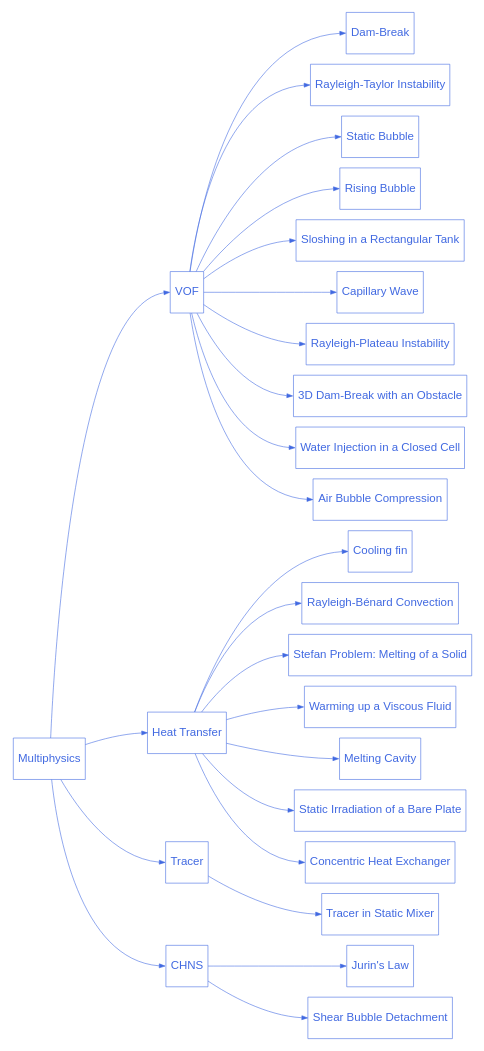
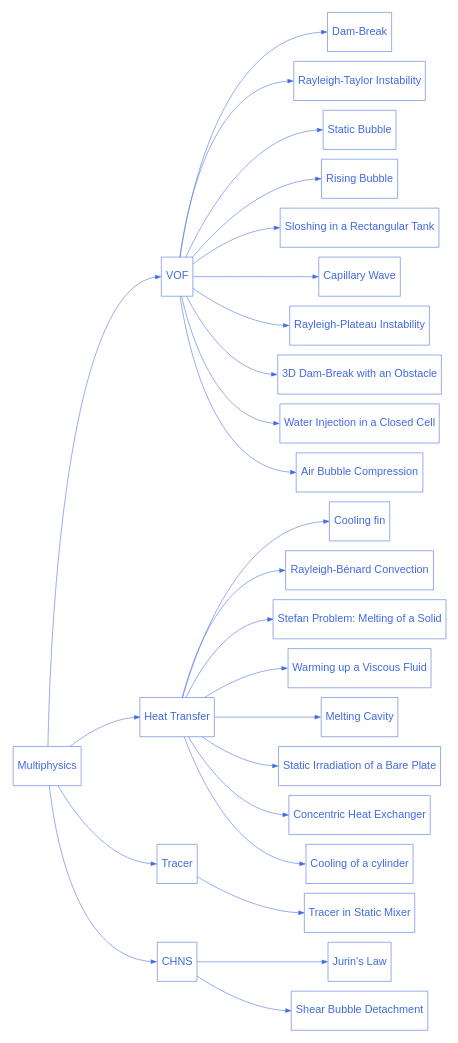
Before and after one commit to chaos-polymtl/lethe: the diagram in doc/source/examples/multiphysics/multiphysics.rst, drawn with Graphviz. The commit also changed 3 other files, not shown here.

```diff
--- a/doc/source/examples/multiphysics/multiphysics.rst
+++ b/doc/source/examples/multiphysics/multiphysics.rst
@@ -61,6 +61,8 @@
 
       multiphysics_2_7 [label="Concentric Heat Exchanger", href="https://chaos-polymtl.github.io/lethe/documentation/examples/multiphysics/concentric-heat-exchanger/concentric-heat-exchanger.html"];
 
+      multiphysics_2_8 [label="Cooling of a cylinder", href="https://chaos-polymtl.github.io/lethe/documentation/examples/multiphysics/cylinder-cooling/cylinder-cooling.html"];
+
       multiphysics_3 [label="Tracer", href="https://chaos-polymtl.github.io/lethe/documentation/examples/multiphysics/tracer.html"];  
 
       multiphysics_3_1 [label="Tracer in Static Mixer", href="https://chaos-polymtl.github.io/lethe/documentation/examples/multiphysics/tracer-in-static-mixer/tracer-in-static-mixer.html"];
@@ -95,6 +97,7 @@
       multiphysics_2 -> multiphysics_2_5:w;
       multiphysics_2 -> multiphysics_2_6:w;
       multiphysics_2 -> multiphysics_2_7:w;
+      multiphysics_2 -> multiphysics_2_8:w;
 
       multiphysics_3 -> multiphysics_3_1:w;
 
```
